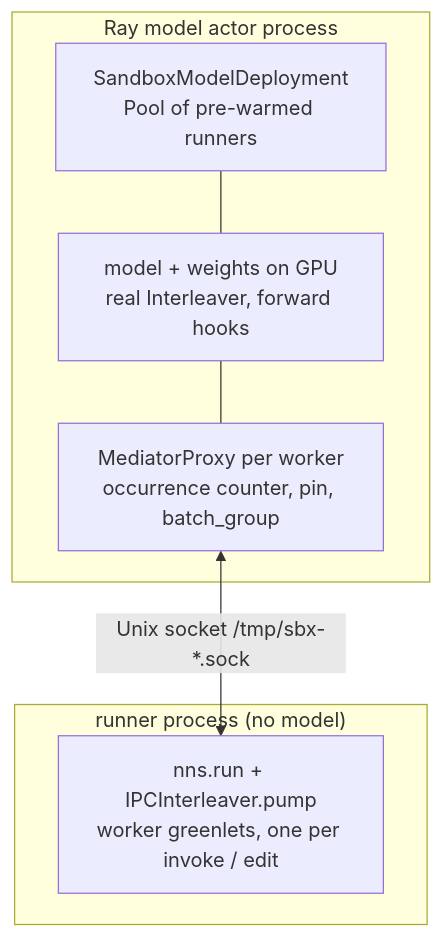
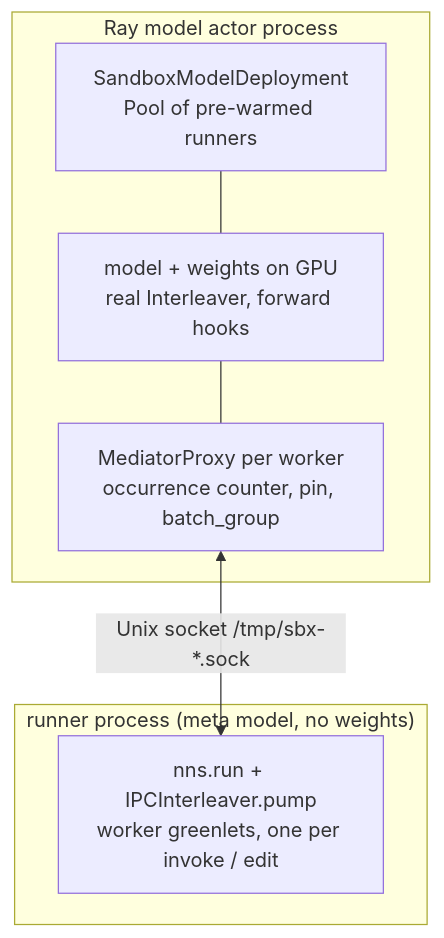
Before and after one commit to ndif-team/ndif: the first of 2 diagrams in docs/developing/sandbox-internals.md, drawn with Mermaid. The commit also changed other lines of this file and 8 other files, not shown here.

Commit message:
update documentation with the persistent objects loading in the runner process

````diff
--- a/docs/developing/sandbox-internals.md
+++ b/docs/developing/sandbox-internals.md
@@ -55,13 +55,13 @@
 ```mermaid
 flowchart TB
   subgraph host["Ray model actor process"]
     D["SandboxModelDeployment<br/>Pool of pre-warmed runners"]
     M["model + weights on GPU<br/>real Interleaver, forward hooks"]
     P["MediatorProxy per worker<br/>occurrence counter, pin, batch_group"]
   end
-  subgraph run["runner process (no model)"]
+  subgraph run["runner process (meta model, no weights)"]
     W["nns.run + IPCInterleaver.pump<br/>worker greenlets, one per invoke / edit"]
   end
   D --- M --- P
   P <-->|"Unix socket /tmp/sbx-*.sock"| W
 ```
````
